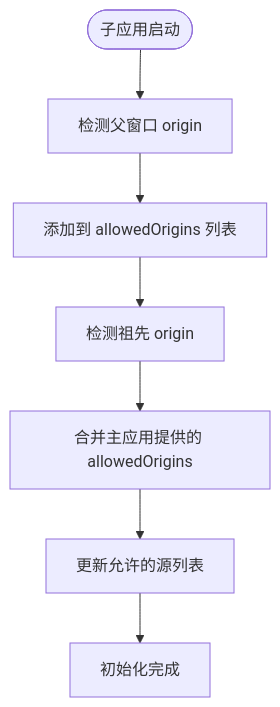
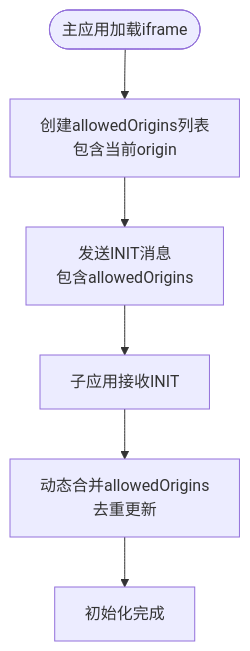
The third of 8 diagrams in .qoder/repowiki/zh/content/高级主题/iframe 跨域治理.md (my-Sitara/artisan-base-frontend), drawn with Mermaid before and after one commit. The commit also changed other lines of this file and 25 other files, not shown here.

````diff
--- a/.qoder/repowiki/zh/content/高级主题/iframe 跨域治理.md
+++ b/.qoder/repowiki/zh/content/高级主题/iframe 跨域治理.md
@@ -159,9 +146,8 @@
 ```mermaid
 flowchart TD
-Start(["子应用启动"]) --> DetectParent["检测父窗口 origin"]
-DetectParent --> AddToList["添加到 allowedOrigins 列表"]
-AddToList --> DetectAncestors["检测祖先 origin"]
-DetectAncestors --> MergeOrigins["合并主应用提供的 allowedOrigins"]
-MergeOrigins --> UpdateList["更新允许的源列表"]
-UpdateList --> InitComplete["初始化完成"]
+Start(["主应用加载iframe"]) --> CreateList["创建allowedOrigins列表<br/>包含当前origin"]
+CreateList --> SendInit["发送INIT消息<br/>包含allowedOrigins"]
+SendInit --> SubReceive["子应用接收INIT"]
+SubReceive --> MergeList["动态合并allowedOrigins<br/>去重更新"]
+MergeList --> Ready["初始化完成"]
 ```
````
